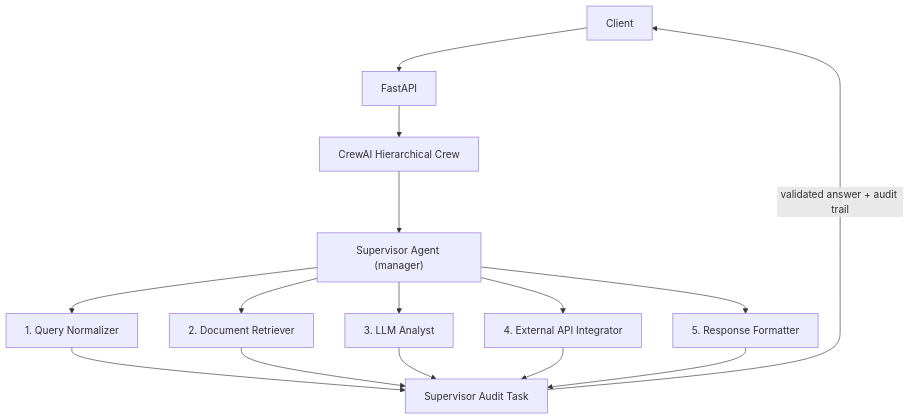
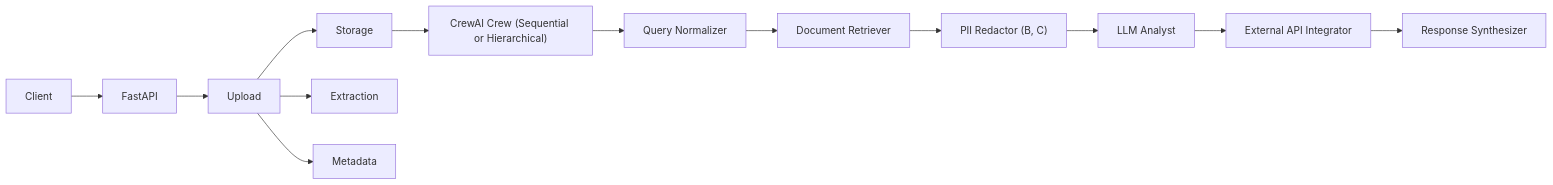
One commit to nithishgouds/BTP_Red_Teaming_CrewAI_hierarchical changed the third of 3 diagrams in README.md. Above: the diagram before and after it, drawn with Mermaid. The commit also changed other lines of this file, not shown here.

````diff
--- a/README.md
+++ b/README.md
@@ -51,13 +747,15 @@
 ```mermaid
-flowchart TD
+flowchart LR
     Client --> FastAPI
-    FastAPI --> HCrewAI["CrewAI Hierarchical Crew"]
-    HCrewAI --> SUP["Supervisor Agent (manager)"]
-    SUP --> A1["1. Query Normalizer"]
-    SUP --> A2["2. Document Retriever"]
-    SUP --> A3["3. LLM Analyst"]
-    SUP --> A4["4. External API Integrator"]
-    SUP --> A5["5. Response Formatter"]
-    A1 & A2 & A3 & A4 & A5 --> AUDIT["Supervisor Audit Task"]
-    AUDIT --> |"validated answer + audit trail"| Client
+    FastAPI --> Upload
+    Upload --> Storage
+    Upload --> Extraction
+    Upload --> Metadata
+    Storage --> CrewAI["CrewAI Crew (Sequential or Hierarchical)"]
+    CrewAI --> A1["Query Normalizer"]
+    A1 --> A2["Document Retriever"]
+    A2 --> A3["PII Redactor (B, C)"]
+    A3 --> A4["LLM Analyst"]
+    A4 --> A5["External API Integrator"]
+    A5 --> A6["Response Synthesizer"]
 ```
````
